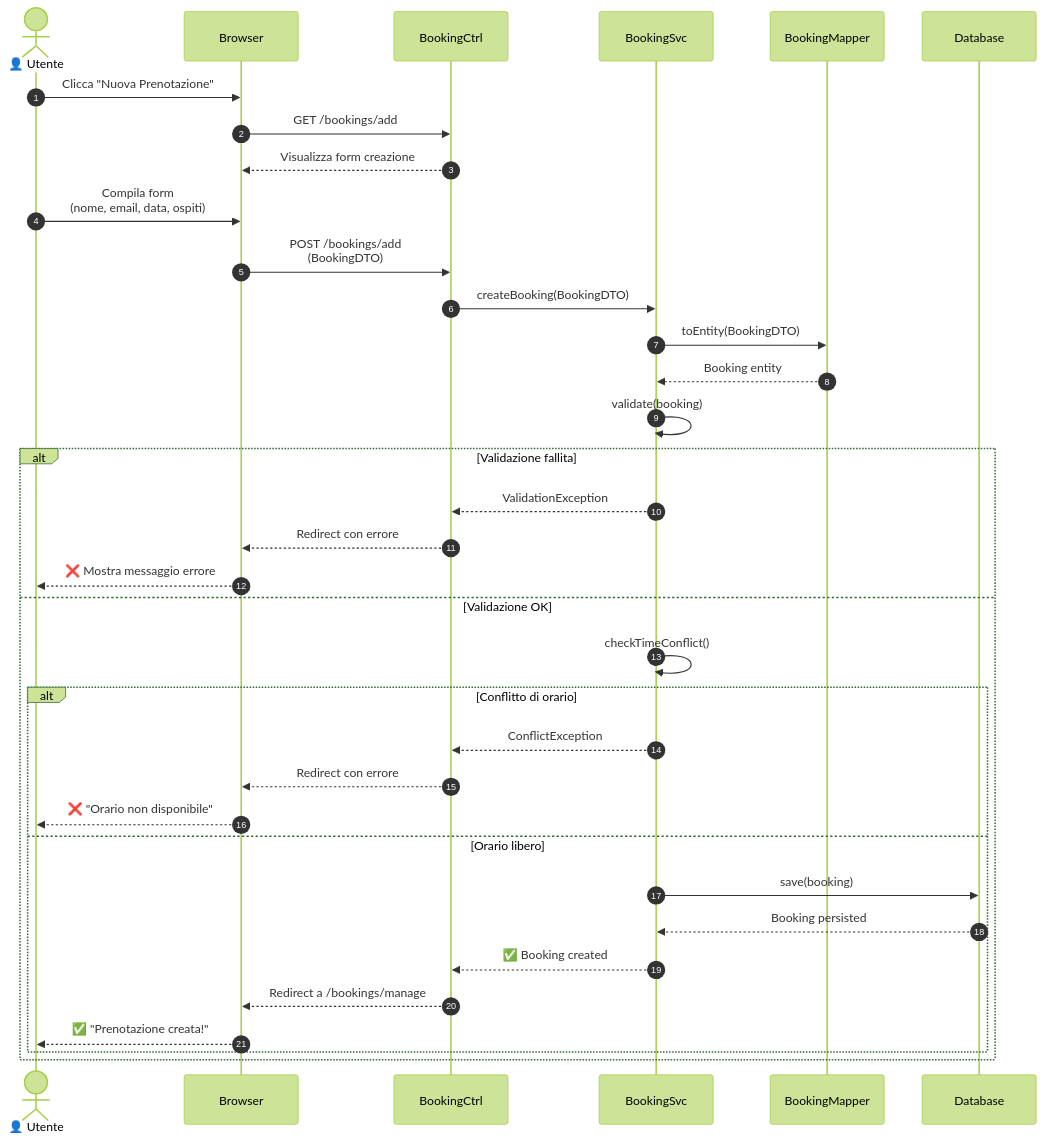
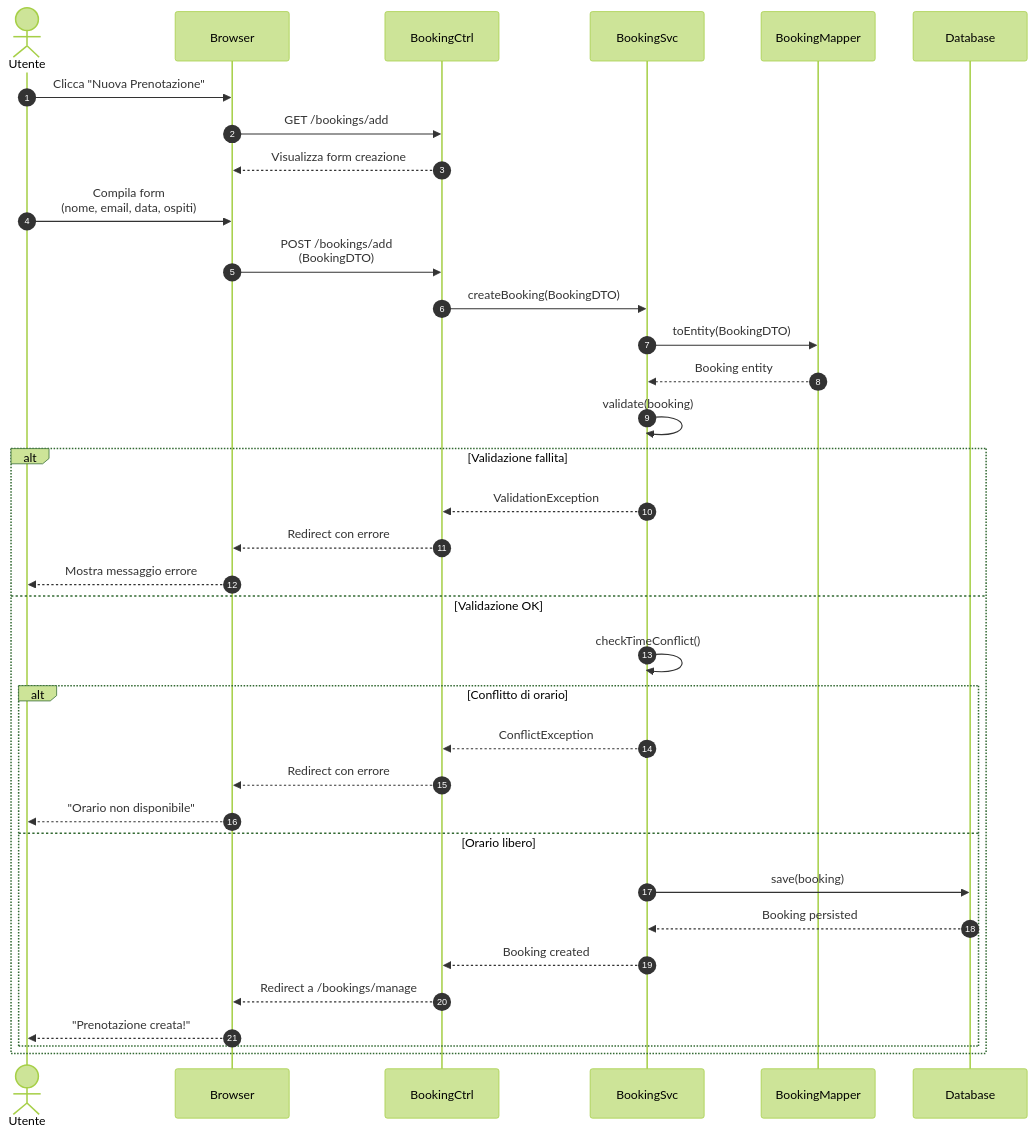
One commit to JavLomProjectWork/JavaBistrot changed the third of 5 diagrams in docs/UI_Flows.md. Above: the diagram before and after it, drawn with Mermaid (forest theme). The commit also changed other lines of this file, not shown here.

Commit message:
aggiornato ui flows schema

````diff
--- a/docs/UI_Flows.md
+++ b/docs/UI_Flows.md
@@ -184,43 +184,43 @@
 ```mermaid
 sequenceDiagram
     autonumber
-    actor Utente as 👤 Utente
+    actor Utente as Utente
     participant Browser
     participant BookingCtrl as BookingCtrl
     participant BookingSvc as BookingSvc
     participant Mapper as BookingMapper
     participant DB as Database
 
     Utente->>Browser: Clicca "Nuova Prenotazione"
     Browser->>BookingCtrl: GET /bookings/add
     BookingCtrl-->>Browser: Visualizza form creazione
     
     Utente->>Browser: Compila form<br/>(nome, email, data, ospiti)
     Browser->>BookingCtrl: POST /bookings/add<br/>(BookingDTO)
     
     BookingCtrl->>BookingSvc: createBooking(BookingDTO)
     BookingSvc->>Mapper: toEntity(BookingDTO)
     Mapper-->>BookingSvc: Booking entity
     
     BookingSvc->>BookingSvc: validate(booking)
     
     alt Validazione fallita
         BookingSvc-->>BookingCtrl: ValidationException
         BookingCtrl-->>Browser: Redirect con errore
-        Browser-->>Utente: ❌ Mostra messaggio errore
+        Browser-->>Utente: Mostra messaggio errore
     else Validazione OK
         BookingSvc->>BookingSvc: checkTimeConflict()
         
         alt Conflitto di orario
             BookingSvc-->>BookingCtrl: ConflictException
             BookingCtrl-->>Browser: Redirect con errore
-            Browser-->>Utente: ❌ "Orario non disponibile"
+            Browser-->>Utente: "Orario non disponibile"
         else Orario libero
             BookingSvc->>DB: save(booking)
             DB-->>BookingSvc: Booking persisted
-            BookingSvc-->>BookingCtrl: ✅ Booking created
+            BookingSvc-->>BookingCtrl: Booking created
             BookingCtrl-->>Browser: Redirect a /bookings/manage
-            Browser-->>Utente: ✅ "Prenotazione creata!"
+            Browser-->>Utente: "Prenotazione creata!"
         end
     end
 ```
````
